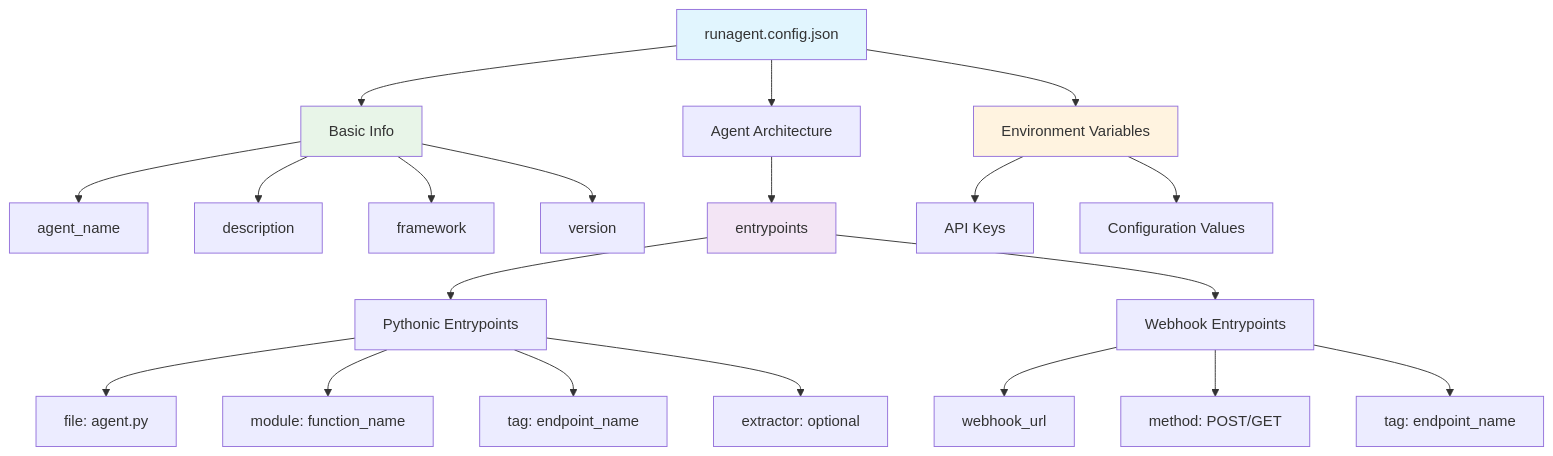
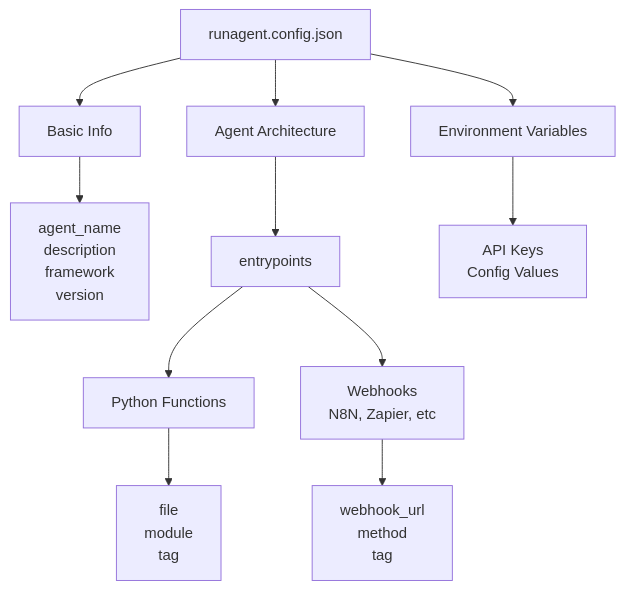
Before and after one commit to runagent-dev/runagent: the diagram in README.md, drawn with Mermaid.

````diff
--- a/README.md
+++ b/README.md
@@ -68,32 +68,21 @@
 ```mermaid
 graph TD
-    A[runagent.config.json] --> B[Basic Info]
+    A[runagent.config.json]
+    
+    A --> B[Basic Info]
     A --> C[Agent Architecture]
     A --> D[Environment Variables]
     
-    B --> B1[agent_name]
-    B --> B2[description]
-    B --> B3[framework]
-    B --> B4[version]
+    B --> B1[agent_name<br/>description<br/>framework<br/>version]
     
     C --> C1[entrypoints]
-    C1 --> C2[Pythonic Entrypoints]
-    C1 --> C3[Webhook Entrypoints]
     
-    C2 --> C2A[file: agent.py]
-    C2 --> C2B[module: function_name]
-    C2 --> C2C[tag: endpoint_name]
-    C2 --> C2D[extractor: optional]
+    C1 --> C2[Python Functions]
+    C1 --> C3[Webhooks<br/>N8N, Zapier, etc]
     
-    C3 --> C3A[webhook_url]
-    C3 --> C3B[method: POST/GET]
-    C3 --> C3C[tag: endpoint_name]
+    C2 --> C2A[file<br/>module<br/>tag]
     
-    D --> D1[API Keys]
-    D --> D2[Configuration Values]
+    C3 --> C3A[webhook_url<br/>method<br/>tag]
     
-    style A fill:#e1f5fe
-    style C1 fill:#f3e5f5
-    style B fill:#e8f5e8
-    style D fill:#fff3e0
+    D --> D1[API Keys<br/>Config Values]
 ```
````
